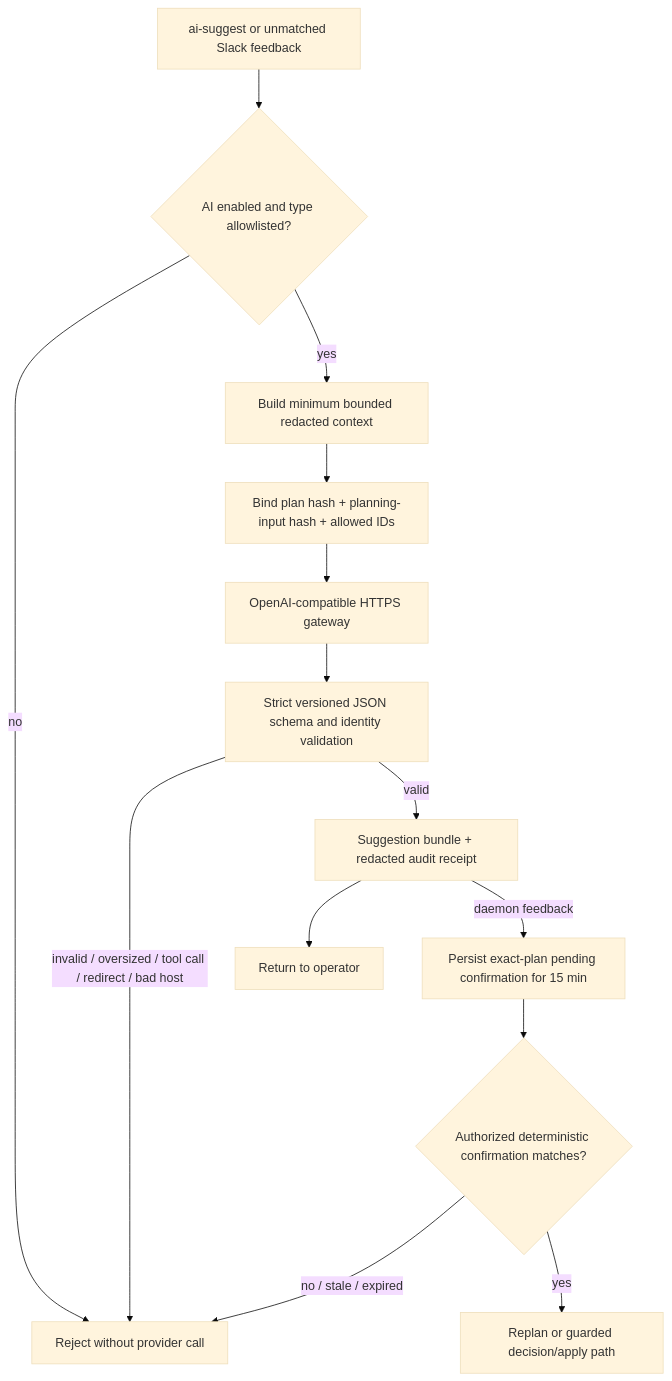
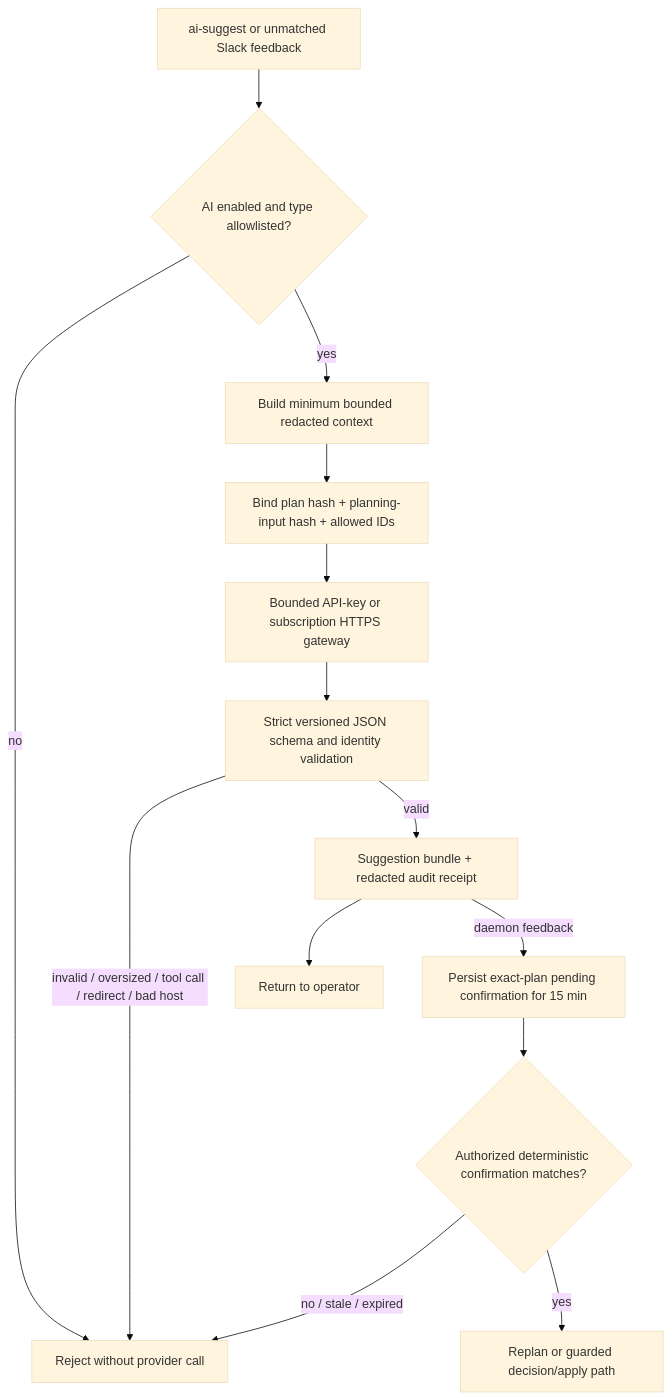
Before and after one commit to justinfiore/todoist-calendar-sync: the eighth of 9 diagrams in ARCHITECTURE.md, drawn with Mermaid (base theme). The commit also changed other lines of this file and 24 other files, not shown here.

````diff
--- a/ARCHITECTURE.md
+++ b/ARCHITECTURE.md
@@ -519,16 +519,16 @@
 ```mermaid
 flowchart TD
     Request[ai-suggest or unmatched Slack feedback] --> Enabled{AI enabled and type allowlisted?}
     Enabled -->|no| Reject[Reject without provider call]
     Enabled -->|yes| Context[Build minimum bounded redacted context]
     Context --> Bind[Bind plan hash + planning-input hash + allowed IDs]
-    Bind --> Gateway[OpenAI-compatible HTTPS gateway]
+    Bind --> Gateway[Bounded API-key or subscription HTTPS gateway]
     Gateway --> Validate[Strict versioned JSON schema and identity validation]
     Validate -->|invalid / oversized / tool call / redirect / bad host| Reject
     Validate -->|valid| Suggestion[Suggestion bundle + redacted audit receipt]
     Suggestion --> OneShot[Return to operator]
     Suggestion -->|daemon feedback| Pending[Persist exact-plan pending confirmation for 15 min]
     Pending --> Confirm{Authorized deterministic confirmation matches?}
     Confirm -->|no / stale / expired| Reject
     Confirm -->|yes| Action[Replan or guarded decision/apply path]
 ```
````
